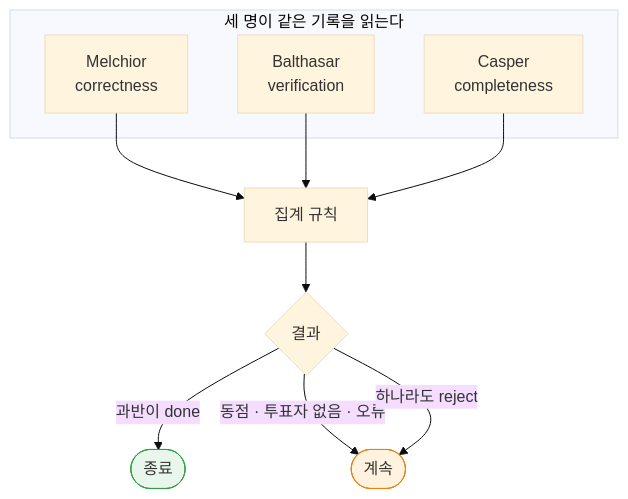
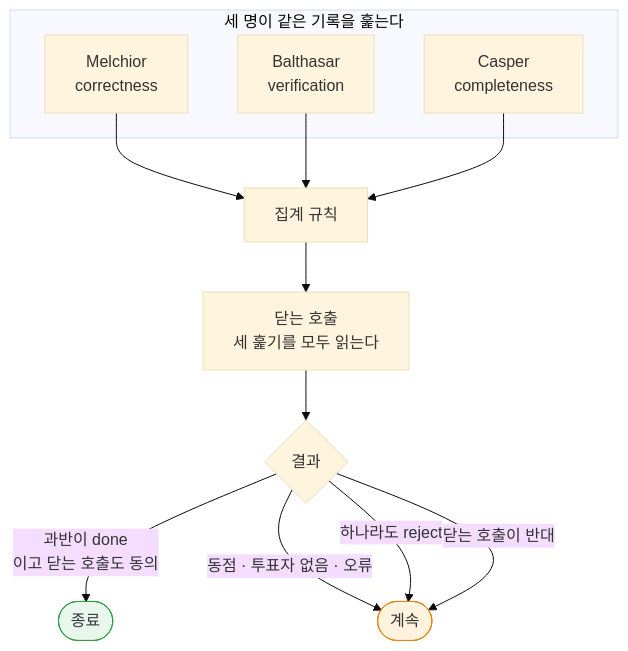
The second of 5 diagrams in README.ko.md (sayaya1090/magi), drawn with Mermaid (base theme) before and after one commit. The commit also changed other lines of this file and 11 other files, not shown here.

````diff
--- a/README.ko.md
+++ b/README.ko.md
@@ -115,18 +127,20 @@
 ```mermaid
 flowchart TD
-    subgraph read [세 명이 같은 기록을 읽는다]
+    subgraph read [세 명이 같은 기록을 훑는다]
         M[Melchior<br/>correctness]
         B[Balthasar<br/>verification]
         K[Casper<br/>completeness]
     end
     M --> TA[집계 규칙]
     B --> TA
     K --> TA
-    TA --> Q{결과}
-    Q -->|과반이 done| DONE([종료])
+    TA --> CL[닫는 호출<br/>세 훑기를 모두 읽는다]
+    CL --> Q{결과}
+    Q -->|과반이 done<br/>이고 닫는 호출도 동의| DONE([종료])
     Q -->|동점 · 투표자 없음 · 오류| CONT([계속])
     Q -->|하나라도 reject| CONT
+    Q -->|닫는 호출이 반대| CONT
 
     style DONE fill:#e8f6ec,stroke:#2f9e44
     style CONT fill:#fff3e0,stroke:#e8820c
 ```
````
